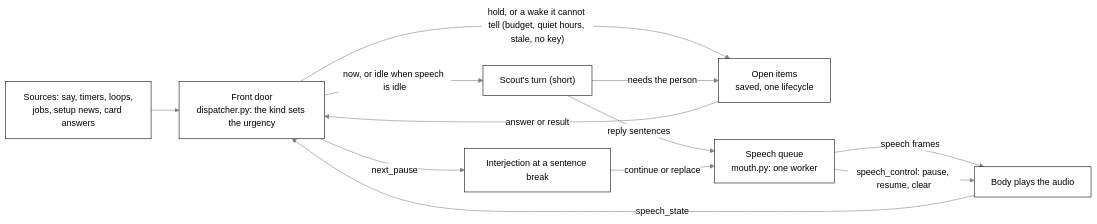
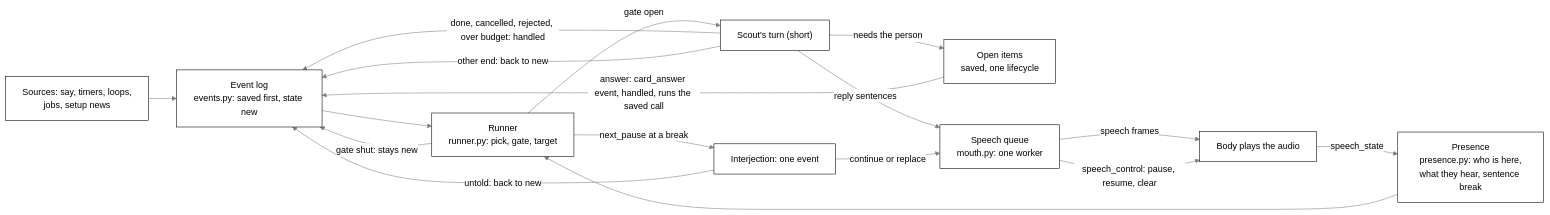
Before and after one commit to nadeem4/tagalong: the third of 4 diagrams in docs/architecture.md, drawn with Mermaid. The commit also changed other lines of this file and 49 other files, not shown here.

First line of the commit message:
feat(brain): one turn runner picks events in order (T1c) (#411)

````diff
--- a/docs/architecture.md
+++ b/docs/architecture.md
@@ -188,15 +193,20 @@
 ```mermaid
 %%{init: {"theme": "base", "themeVariables": {"primaryColor": "#ffffff", "primaryTextColor": "#000000", "primaryBorderColor": "#000000", "lineColor": "#808080", "arrowheadColor": "#808080", "secondaryColor": "#f2f2f2", "tertiaryColor": "#ffffff", "clusterBkg": "#f7f7f7", "clusterBorder": "#808080", "edgeLabelBackground": "#ffffff", "titleColor": "#808080", "actorBkg": "#ffffff", "actorBorder": "#000000", "actorTextColor": "#000000", "actorLineColor": "#808080", "signalColor": "#808080", "signalTextColor": "#808080", "sequenceNumberColor": "#ffffff", "labelBoxBkgColor": "#ffffff", "labelBoxBorderColor": "#808080", "labelTextColor": "#000000", "loopTextColor": "#808080", "noteBkgColor": "#f7f7f7", "noteBorderColor": "#808080", "noteTextColor": "#000000", "activationBkgColor": "#f7f7f7", "activationBorderColor": "#808080", "fontFamily": "Segoe UI, Helvetica, Arial, sans-serif"}}}%%
 flowchart LR
-  SRC["Sources: say, timers, loops,<br/>jobs, setup news, card answers"] --> FD["Front door<br/>dispatcher.py: the kind sets the urgency"]
-  FD -->|"now, or idle when speech is idle"| TURN["Scout's turn (short)"]
-  FD -->|"next_pause"| INT["Interjection at a sentence break"]
-  FD -->|"hold, or a wake it cannot tell (budget, quiet hours, stale, no key)"| OI
+  SRC["Sources: say, timers, loops,<br/>jobs, setup news"] --> LOG["Event log<br/>events.py: saved first, state new"]
+  LOG --> RUN["Runner<br/>runner.py: pick, gate, target"]
+  PRES["Presence<br/>presence.py: who is here,<br/>what they hear, sentence break"] --> RUN
+  RUN -->|"gate open"| TURN["Scout's turn (short)"]
+  RUN -->|"next_pause at a break"| INT["Interjection: one event"]
+  RUN -->|"gate shut: stays new"| LOG
+  TURN -->|"done, cancelled, rejected, over budget: handled"| LOG
+  TURN -->|"other end: back to new"| LOG
   TURN -->|"needs the person"| OI["Open items<br/>saved, one lifecycle"]
-  OI -->|"answer or result"| FD
+  OI -->|"answer: card_answer event, handled, runs the saved call"| LOG
   TURN -->|"reply sentences"| SQ["Speech queue<br/>mouth.py: one worker"]
   INT -->|"continue or replace"| SQ
+  INT -->|"untold: back to new"| LOG
   SQ -->|"speech frames"| BODY["Body plays the audio"]
-  BODY -->|"speech_state"| FD
+  BODY -->|"speech_state"| PRES
   SQ -->|"speech_control: pause, resume, clear"| BODY
 ```
````
